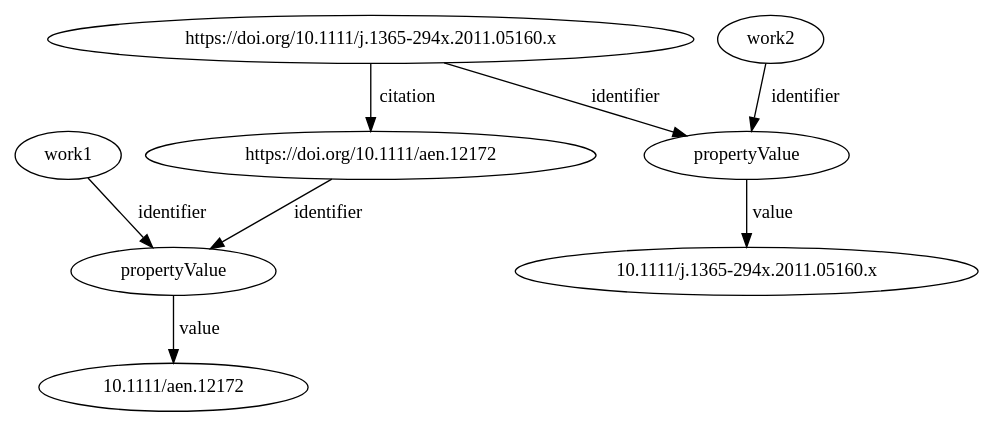
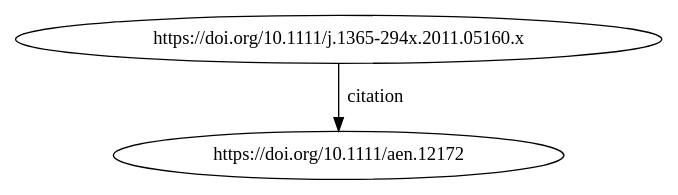
Before and after one commit to rdmpage/ozymandias-demo: the diagram in manuscript/citation.dot, drawn with Graphviz. The commit also changed 17 other files, not shown here.

```diff
--- a/manuscript/citation.dot
+++ b/manuscript/citation.dot
@@ -1,31 +1,12 @@
 digraph G {
 
-	propertyValue1 [label="propertyValue"] ;
-	propertyValue2 [label="propertyValue"] ;
 
- work1 -> propertyValue1 [label="identifier"];
- propertyValue1 -> "10.1111/aen.12172" [label="value"];
+ doi1 [label= "https://doi.org/10.1111/j.1365-294x.2011.05160.x"];
+ doi2 [label="https://doi.org/10.1111/aen.12172"];
  
-
- /*crossref_work1 -> "https://doi.org/10.1111/aen.12172" [label="@id"];
- crossref_work1 -> propertyValue1 [label="identifier"];*/
- "https://doi.org/10.1111/aen.12172" -> propertyValue1 [label="identifier"];
+doi1 -> doi2 [label="citation"];
  
- propertyValue2 -> "10.1111/j.1365-294x.2011.05160.x" [label="value"];
- work2 -> propertyValue2 [label="identifier"];
- 
-/* crossref_work2 -> "https://doi.org/10.1111/j.1365-294x.2011.05160.x" [label="@id"];
- crossref_work2 -> propertyValue2 [label="identifier"];*/
- "https://doi.org/10.1111/j.1365-294x.2011.05160.x" -> propertyValue2 [label="identifier"];
- 
- "https://doi.org/10.1111/j.1365-294x.2011.05160.x" -> "https://doi.org/10.1111/aen.12172" [label="citation"];
- 
- 
- /*
- propertyValue1 -> "doi" [label="propertyID"];
- propertyValue2 -> "doi" [label="propertyID"];
- */
  
 
 
 }
```
